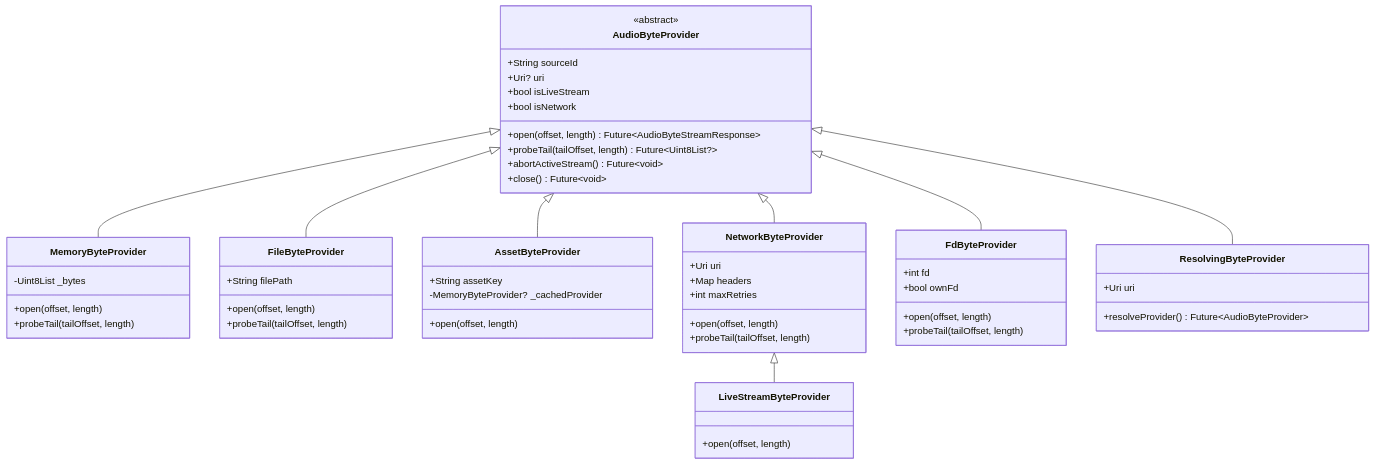
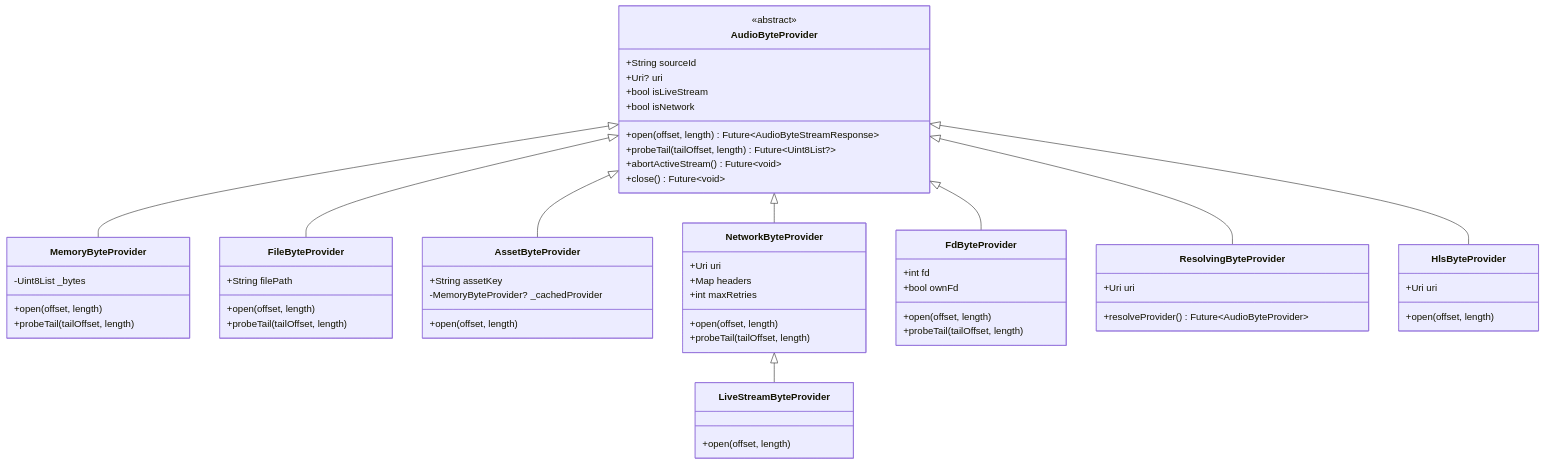
The third of 14 diagrams in docs/ARCHITECTURE.md (chomusuke-mk/miniaudio_player), drawn with Mermaid before and after one commit. The commit also changed other lines of this file and 52 other files, not shown here.

````diff
--- a/docs/ARCHITECTURE.md
+++ b/docs/ARCHITECTURE.md
@@ -388,64 +388,70 @@
 ```mermaid
 classDiagram
     class AudioByteProvider {
         <<abstract>>
         +String sourceId
         +Uri? uri
         +bool isLiveStream
         +bool isNetwork
         +open(offset, length) Future~AudioByteStreamResponse~
         +probeTail(tailOffset, length) Future~Uint8List?~
         +abortActiveStream() Future~void~
         +close() Future~void~
     }
 
     class MemoryByteProvider {
         -Uint8List _bytes
         +open(offset, length)
         +probeTail(tailOffset, length)
     }
 
     class FileByteProvider {
         +String filePath
         +open(offset, length)
         +probeTail(tailOffset, length)
     }
 
     class AssetByteProvider {
         +String assetKey
         -MemoryByteProvider? _cachedProvider
         +open(offset, length)
     }
 
     class NetworkByteProvider {
         +Uri uri
         +Map headers
         +int maxRetries
         +open(offset, length)
         +probeTail(tailOffset, length)
     }
 
     class LiveStreamByteProvider {
         +open(offset, length)
     }
 
     class FdByteProvider {
         +int fd
         +bool ownFd
         +open(offset, length)
         +probeTail(tailOffset, length)
     }
 
     class ResolvingByteProvider {
         +Uri uri
         +resolveProvider() Future~AudioByteProvider~
     }
 
+    class HlsByteProvider {
+        +Uri uri
+        +open(offset, length)
+    }
+
     AudioByteProvider <|-- MemoryByteProvider
     AudioByteProvider <|-- FileByteProvider
     AudioByteProvider <|-- AssetByteProvider
     AudioByteProvider <|-- NetworkByteProvider
     NetworkByteProvider <|-- LiveStreamByteProvider
+    AudioByteProvider <|-- HlsByteProvider
     AudioByteProvider <|-- FdByteProvider
     AudioByteProvider <|-- ResolvingByteProvider
 ```
````
